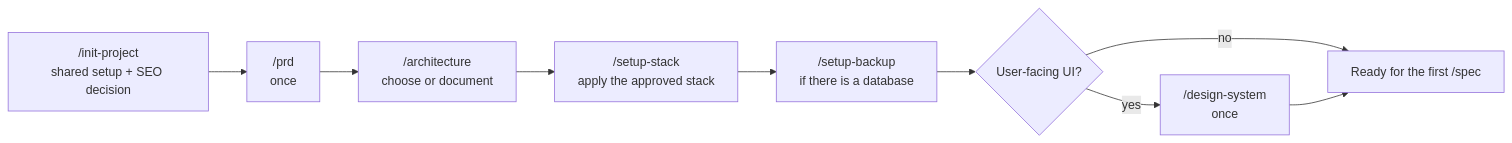
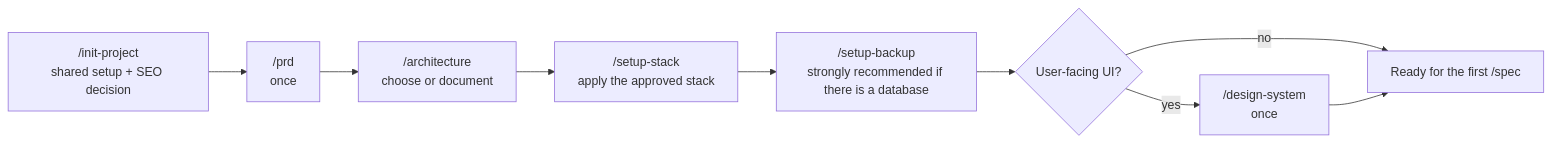
The second of 6 diagrams in README.md (the-blue-coder/agentic-starter), drawn with Mermaid before and after one commit. The commit also changed other lines of this file and 6 other files, not shown here.

Commit message:
remind about setup-backup in spec and status without blocking

````diff
--- a/README.md
+++ b/README.md
@@ -166,11 +166,11 @@
 ```mermaid
 flowchart LR
   init["/init-project<br/>shared setup + SEO decision"] --> prd["/prd<br/>once"]
   prd --> architecture["/architecture<br/>choose or document"]
   architecture --> setup["/setup-stack<br/>apply the approved stack"]
-  setup --> backup["/setup-backup<br/>if there is a database"]
+  setup --> backup["/setup-backup<br/>strongly recommended if there is a database"]
   backup --> ui{"User-facing UI?"}
   ui -- no --> firstSpec["Ready for the first /spec"]
   ui -- yes --> design["/design-system<br/>once"]
   design --> firstSpec
 ```
````
